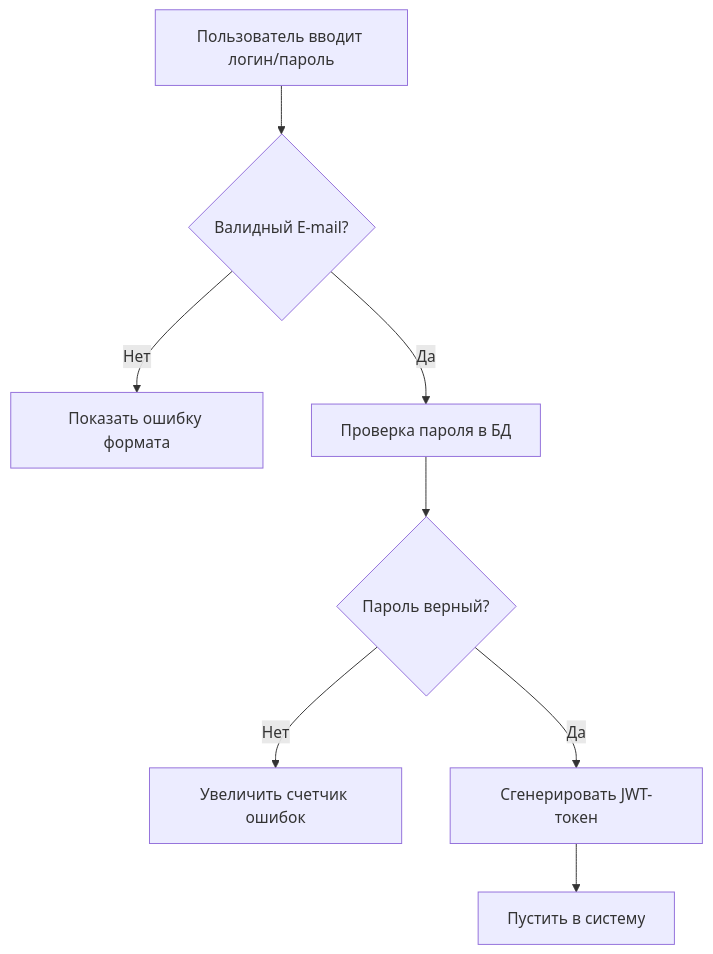
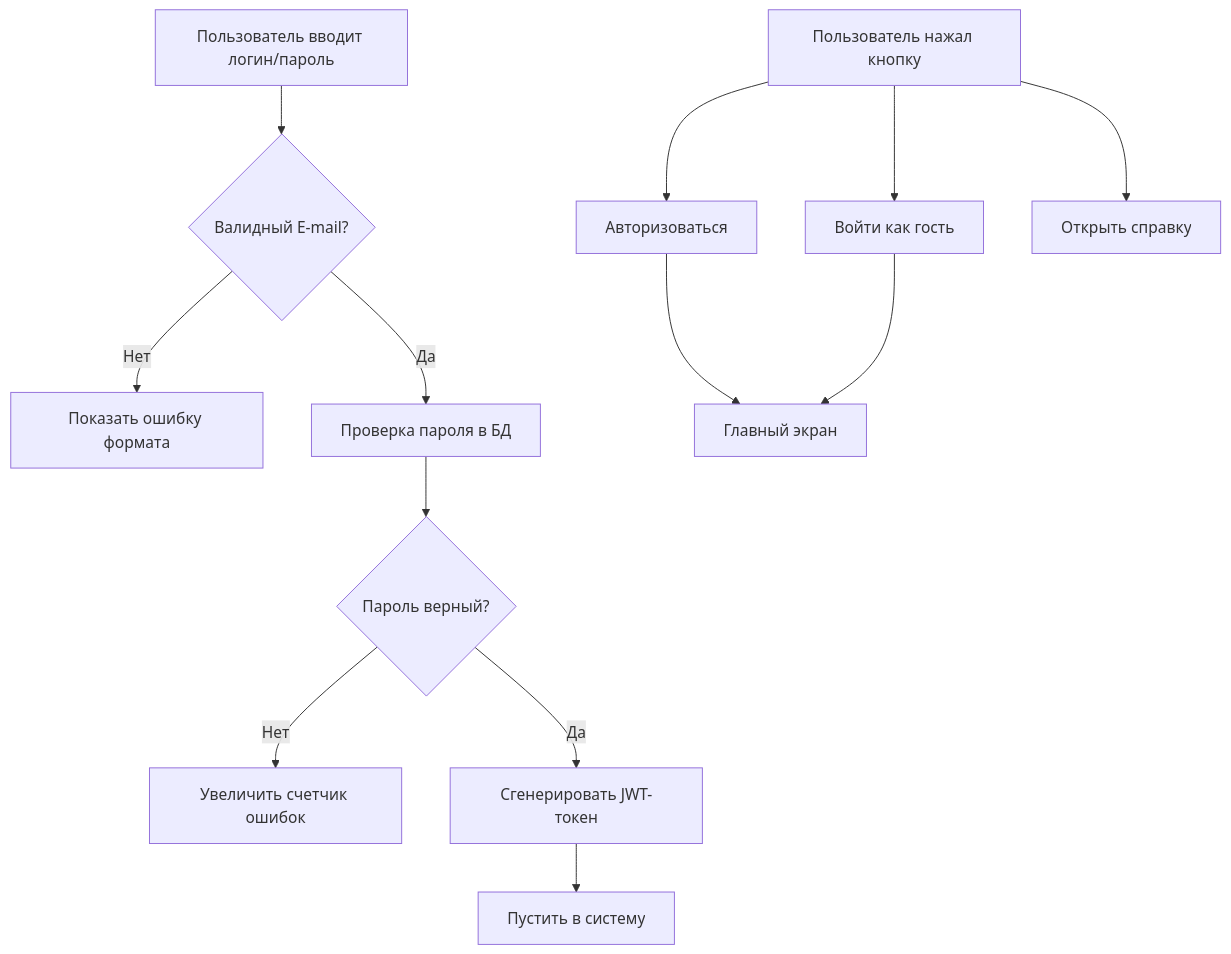
The diagram in FancyAlgorythm.md (Levino66/RandomCoolThings), drawn with Mermaid before and after one commit.

````diff
--- a/FancyAlgorythm.md
+++ b/FancyAlgorythm.md
@@ -1,10 +1,19 @@
 ```mermaid
 graph TD
     A[Пользователь вводит логин/пароль] --> B{Валидный E-mail?}
     B -- Нет --> C[Показать ошибку формата]
     B -- Да --> D[Проверка пароля в БД]
     D --> E{Пароль верный?}
     E -- Нет --> F[Увеличить счетчик ошибок]
     E -- Да --> G[Сгенерировать JWT-токен]
     G --> H[Пустить в систему]
+
+    %% Несколько стрелок ИЗ одного элемента
+    Start[Пользователь нажал кнопку] --> Auth[Авторизоваться]
+    Start --> Guest[Войти как гость]
+    Start --> Info[Открыть справку]
+
+    %% Несколько стрелок В один элемент
+    Auth --> Dashboard[Главный экран]
+    Guest --> Dashboard
 ```
````
